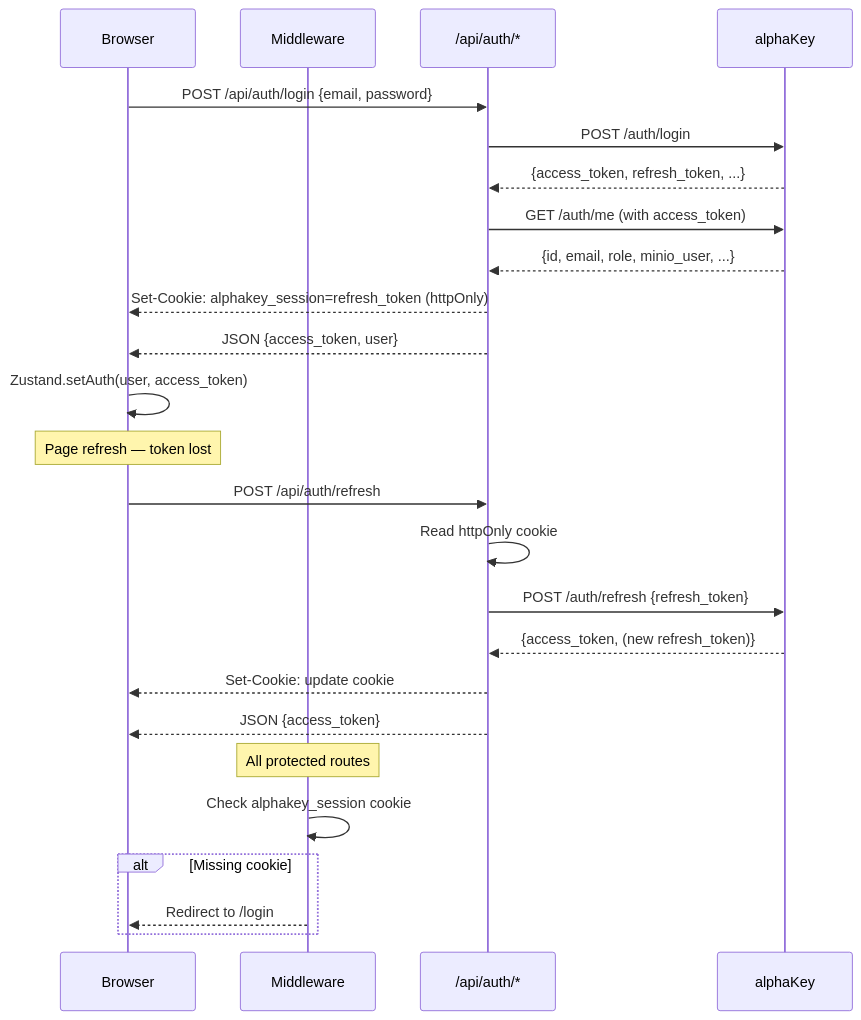
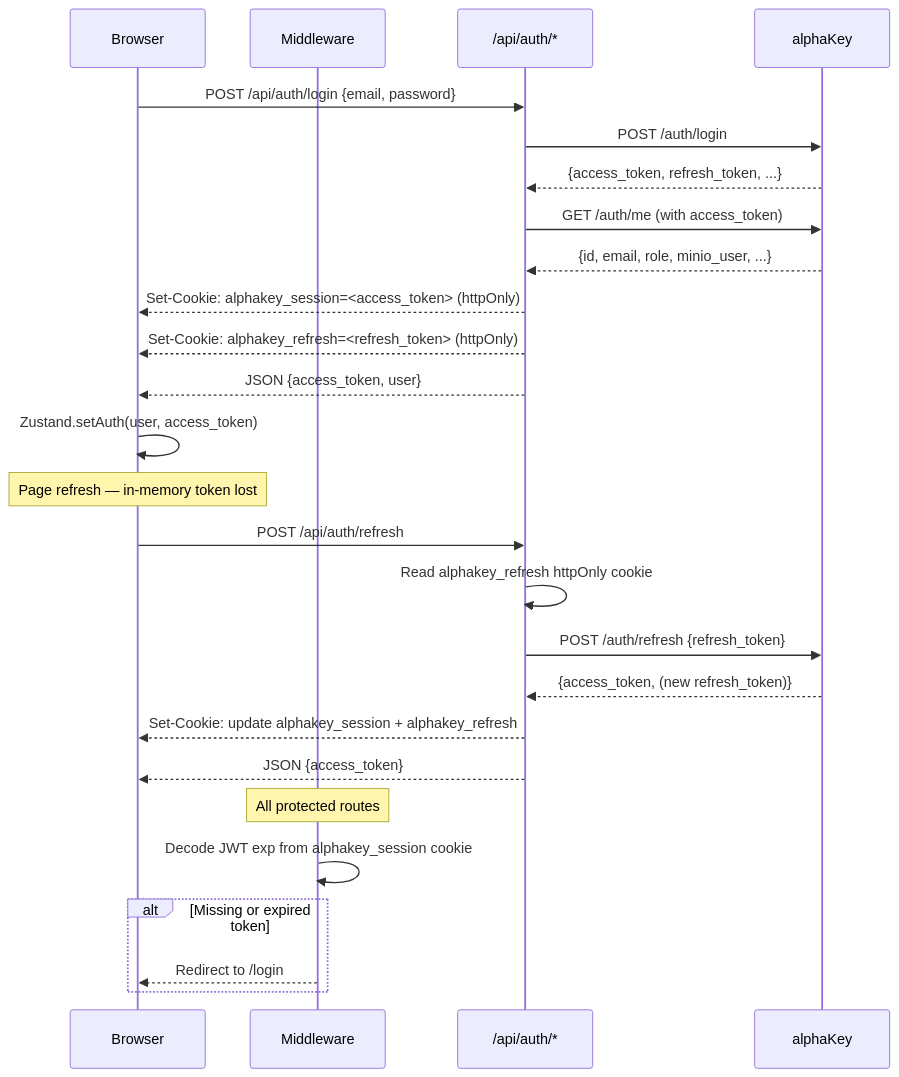
Before and after one commit to Preeth2000/alphaDocs: the diagram in services/alphaLink/Architecture.md, drawn with Mermaid. The commit also changed other lines of this file and 1 other file, not shown here.

Commit message:
docs(alphaLink): update auth, BFF, SSE, polygon-key after security fixes
- Middleware section: cookie now holds real JWT (not sentinel '1'); exp decoded
- Authentication flow diagram: updated cookie names and middleware behaviour
- Key Design Decisions: add BFF token forwarding and JWT guard entries
- API: polygon-key now reads/writes alphaKey vault; fs/browse restricted to $HOME
- Outbound calls: remove alphaGen .env entry (vault replaces it); note bearer forwarding
- SSE: add model-ready endpoint; document AbortController disconnect propagation

````diff
--- a/services/alphaLink/Architecture.md
+++ b/services/alphaLink/Architecture.md
@@ -131,30 +131,31 @@
 ```mermaid
 sequenceDiagram
     participant Browser
     participant MW as Middleware
     participant BFF_AUTH as /api/auth/*
     participant AK as alphaKey
 
     Browser->>BFF_AUTH: POST /api/auth/login {email, password}
     BFF_AUTH->>AK: POST /auth/login
     AK-->>BFF_AUTH: {access_token, refresh_token, ...}
     BFF_AUTH->>AK: GET /auth/me (with access_token)
     AK-->>BFF_AUTH: {id, email, role, minio_user, ...}
-    BFF_AUTH-->>Browser: Set-Cookie: alphakey_session=refresh_token (httpOnly)
+    BFF_AUTH-->>Browser: Set-Cookie: alphakey_session=<access_token> (httpOnly)
+    BFF_AUTH-->>Browser: Set-Cookie: alphakey_refresh=<refresh_token> (httpOnly)
     BFF_AUTH-->>Browser: JSON {access_token, user}
     Browser->>Browser: Zustand.setAuth(user, access_token)
 
-    Note over Browser: Page refresh — token lost
+    Note over Browser: Page refresh — in-memory token lost
     Browser->>BFF_AUTH: POST /api/auth/refresh
-    BFF_AUTH->>BFF_AUTH: Read httpOnly cookie
+    BFF_AUTH->>BFF_AUTH: Read alphakey_refresh httpOnly cookie
     BFF_AUTH->>AK: POST /auth/refresh {refresh_token}
     AK-->>BFF_AUTH: {access_token, (new refresh_token)}
-    BFF_AUTH-->>Browser: Set-Cookie: update cookie
+    BFF_AUTH-->>Browser: Set-Cookie: update alphakey_session + alphakey_refresh
     BFF_AUTH-->>Browser: JSON {access_token}
 
     Note over MW: All protected routes
-    MW->>MW: Check alphakey_session cookie
-    alt Missing cookie
+    MW->>MW: Decode JWT exp from alphakey_session cookie
+    alt Missing or expired token
         MW-->>Browser: Redirect to /login
     end
 ```
````
